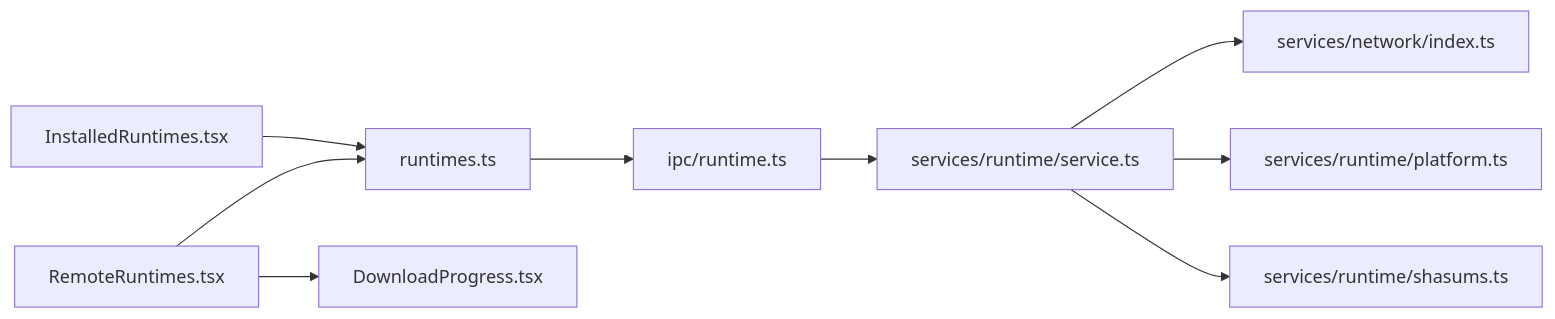
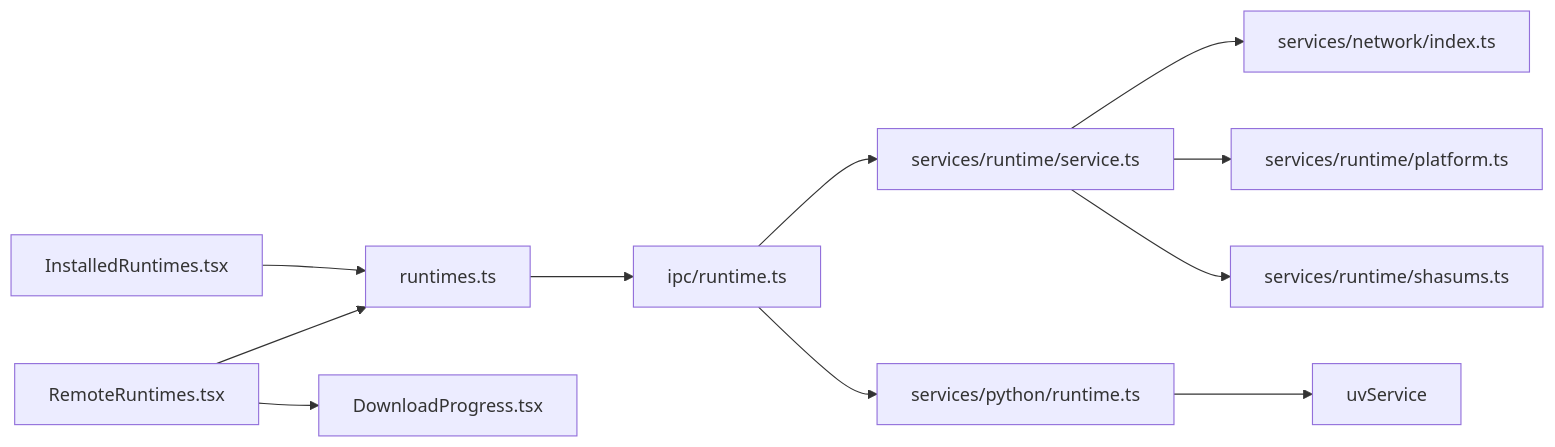
One commit to hozeeee/script-box changed the fifth of 6 diagrams in .qoder/repowiki/zh/content/前端应用架构/页面组件/运行时管理页面.md. Above: the diagram before and after it, drawn with Mermaid. The commit also changed other lines of this file and 6 other files, not shown here.

First line of the commit message:
feat(runtime): 支持多运行时管理，新增 Python 运行时支持

````diff
--- a/.qoder/repowiki/zh/content/前端应用架构/页面组件/运行时管理页面.md
+++ b/.qoder/repowiki/zh/content/前端应用架构/页面组件/运行时管理页面.md
@@ -252,11 +264,13 @@
 ```mermaid
 graph LR
 IRX["InstalledRuntimes.tsx"] --> RS["runtimes.ts"]
 RRX["RemoteRuntimes.tsx"] --> RS
 RRX --> DPX["DownloadProgress.tsx"]
 RS --> IPCX["ipc/runtime.ts"]
 IPCX --> SVCS["services/runtime/service.ts"]
+IPCX --> PYCS["services/python/runtime.ts"]
 SVCS --> NETX["services/network/index.ts"]
 SVCS --> PLTX["services/runtime/platform.ts"]
 SVCS --> SHSX["services/runtime/shasums.ts"]
+PYCS --> UVX["uvService"]
 ```
````
